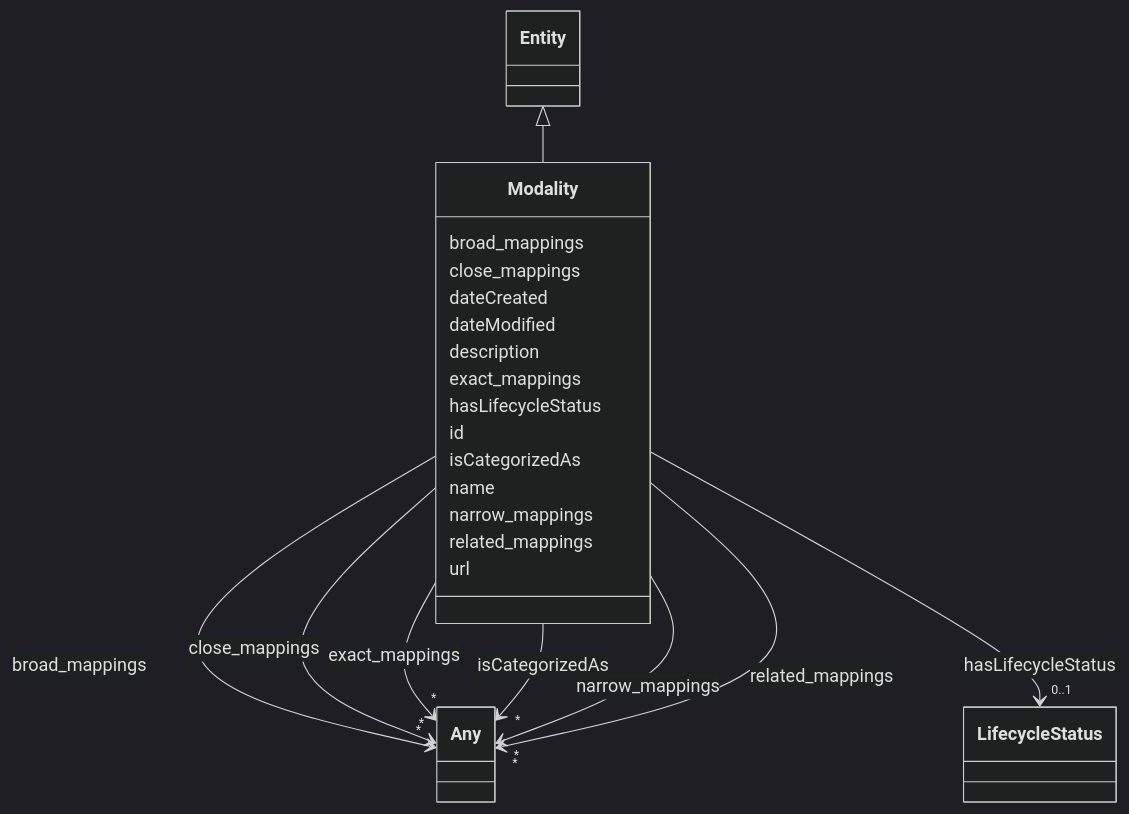
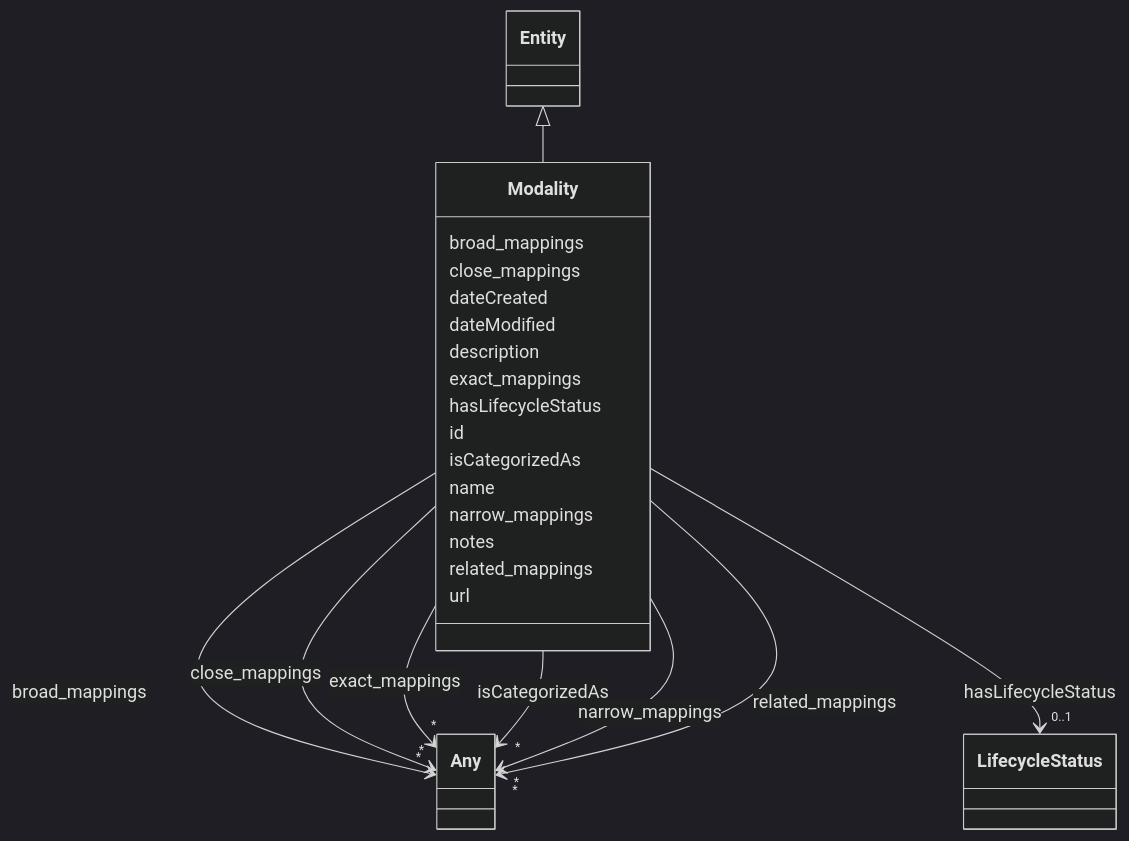
The diagram in docs/ontology/Modality.md (ingelise/risk-atlas-nexus), drawn with Mermaid (dark theme) before and after one commit. The commit also changed other lines of this file and 318 other files, not shown here.

```diff
--- a/docs/ontology/Modality.md
+++ b/docs/ontology/Modality.md
@@ -94,6 +94,8 @@
 
 
 
+      Modality : notes
+
       Modality : related_mappings
 
 
```
